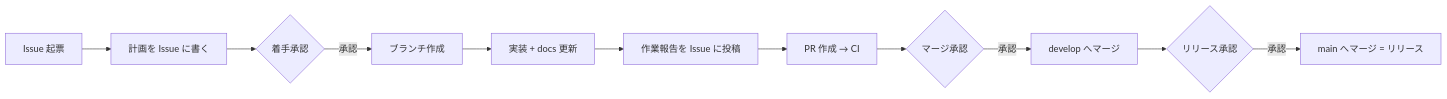
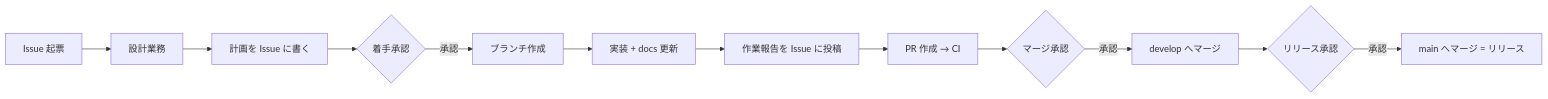
The second of 3 diagrams in docs/development.md (tinayrum/temp), drawn with Mermaid before and after one commit. The commit also changed other lines of this file and 9 other files, not shown here.

````diff
--- a/docs/development.md
+++ b/docs/development.md
@@ -89,13 +89,14 @@
 ```mermaid
 flowchart LR
-    I[Issue 起票] --> P[計画を Issue に書く]
+    I[Issue 起票] --> S[設計業務]
+    S --> P[計画を Issue に書く]
     P --> G1{着手承認}
     G1 -- 承認 --> B[ブランチ作成]
     B --> W[実装 + docs 更新]
     W --> R[作業報告を Issue に投稿]
     R --> PR[PR 作成 → CI]
     PR --> G2{マージ承認}
     G2 -- 承認 --> D[develop へマージ]
     D --> G3{リリース承認}
     G3 -- 承認 --> M[main へマージ = リリース]
 ```
````
